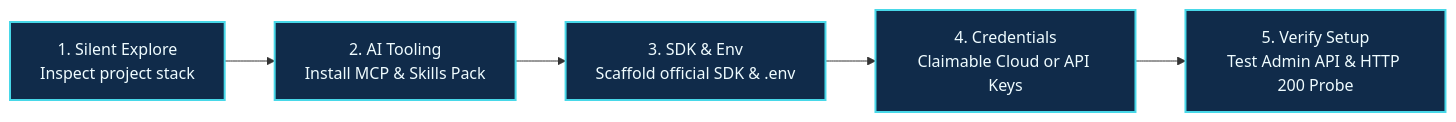
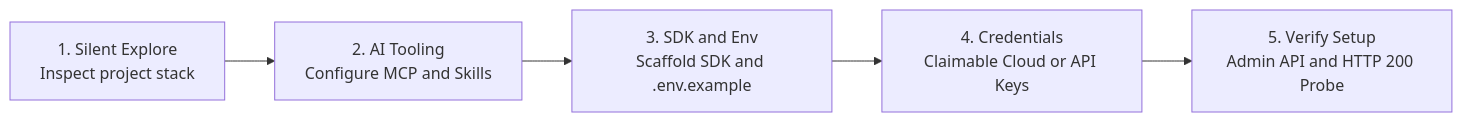
The diagram in src/data/blog/agentic-media-pipeline-cloudinary-en.md (vietdoo/vietdoo.github.io), drawn with Mermaid before and after one commit. The commit also changed 2 other files, not shown here.

Commit message:
fix(blog): resolve mermaid diagram syntax and add client-side rendering

````diff
--- a/src/data/blog/agentic-media-pipeline-cloudinary-en.md
+++ b/src/data/blog/agentic-media-pipeline-cloudinary-en.md
@@ -31,10 +31,7 @@
 ```mermaid
-flowchart LR
-    A["1. Silent Explore\nInspect project stack"] --> B["2. AI Tooling\nInstall MCP & Skills Pack"]
-    B --> C["3. SDK & Env\nScaffold official SDK & .env"]
-    C --> D["4. Credentials\nClaimable Cloud or API Keys"]
-    D --> E["5. Verify Setup\nTest Admin API & HTTP 200 Probe"]
-
-    classDef stage fill:#102b4a,stroke:#48d8e8,color:#effcff,stroke-width:2px;
-    class A,B,C,D,E stage;
+graph LR
+    A[1. Silent Explore<br/>Inspect project stack] --> B[2. AI Tooling<br/>Configure MCP and Skills]
+    B --> C[3. SDK and Env<br/>Scaffold SDK and .env.example]
+    C --> D[4. Credentials<br/>Claimable Cloud or API Keys]
+    D --> E[5. Verify Setup<br/>Admin API and HTTP 200 Probe]
 ```
````
